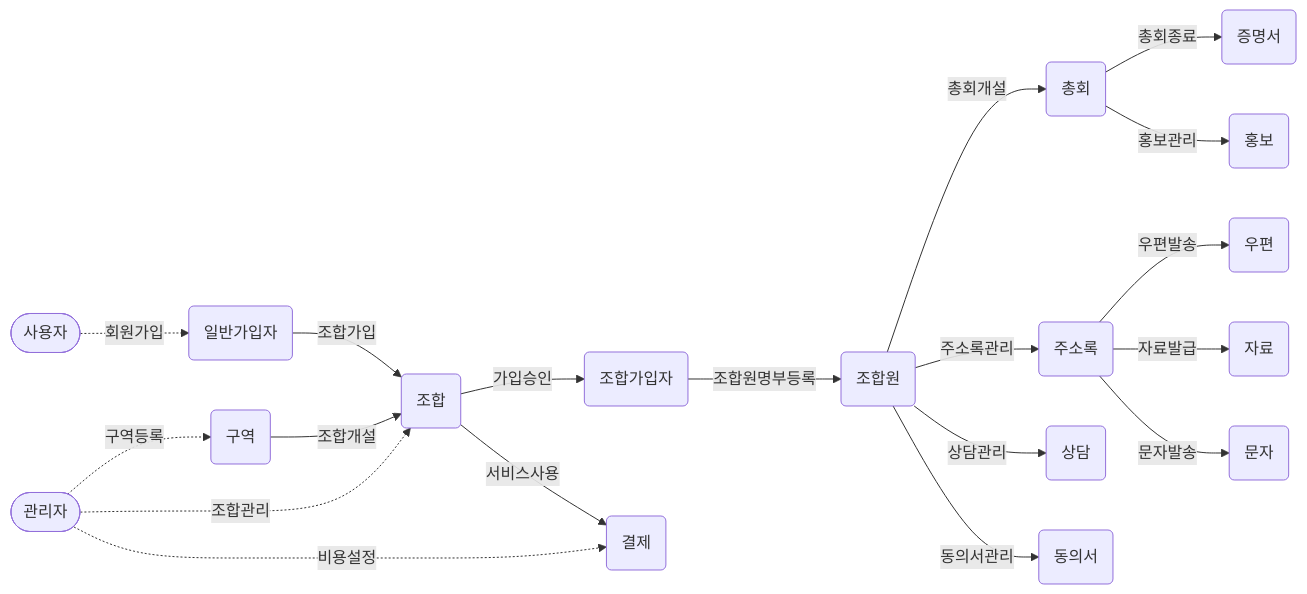
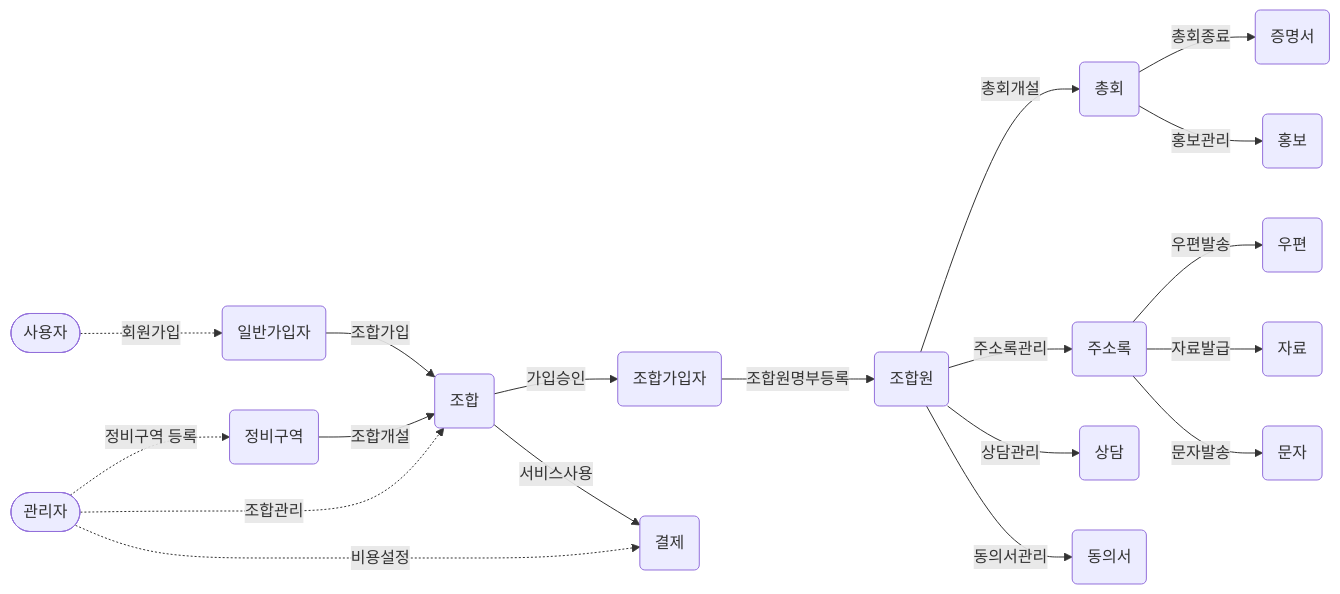
Before and after one commit to next-step/career-domain: the second of 2 diagrams in Domain/domainModel-submit.md, drawn with Mermaid.

Commit message:
fix: 문구 수정

````diff
--- a/Domain/domainModel-submit.md
+++ b/Domain/domainModel-submit.md
@@ -49,39 +49,39 @@
 ```mermaid
 flowchart LR
     Admin([관리자])
     User([사용자])
-    BizZone(구역)
+    BizZone(정비구역)
     Union(조합)
     Member(일반가입자)
     UnionMember(조합가입자)
     UnionRegister(조합원)
     Address(주소록)
     Meet(총회)
     Certificate(증명서)
     Promotion(홍보)
     Post(우편)
     Document(자료)
     Sms(문자)
     Counsel(상담)
     Agreement(동의서)
     Payment(결제)
 
-    Admin-.->|구역등록|BizZone
+    Admin-.->|정비구역 등록|BizZone
     Admin-.->|비용설정|Payment
     Admin-.->|조합관리|Union
 
     BizZone-->|조합개설|Union
     User-.->|회원가입|Member
     Member-->|조합가입|Union
     Union-->|서비스사용|Payment
     Union-->|가입승인|UnionMember
     UnionMember-->|조합원명부등록|UnionRegister
 
     UnionRegister-->|총회개설|Meet-->|총회종료|Certificate
     Meet-->|홍보관리|Promotion
     UnionRegister-->|주소록관리|Address-->|우편발송|Post
     Address-->|자료발급|Document
     Address-->|문자발송|Sms
     UnionRegister-->|상담관리|Counsel
     UnionRegister-->|동의서관리|Agreement
 ```
````
